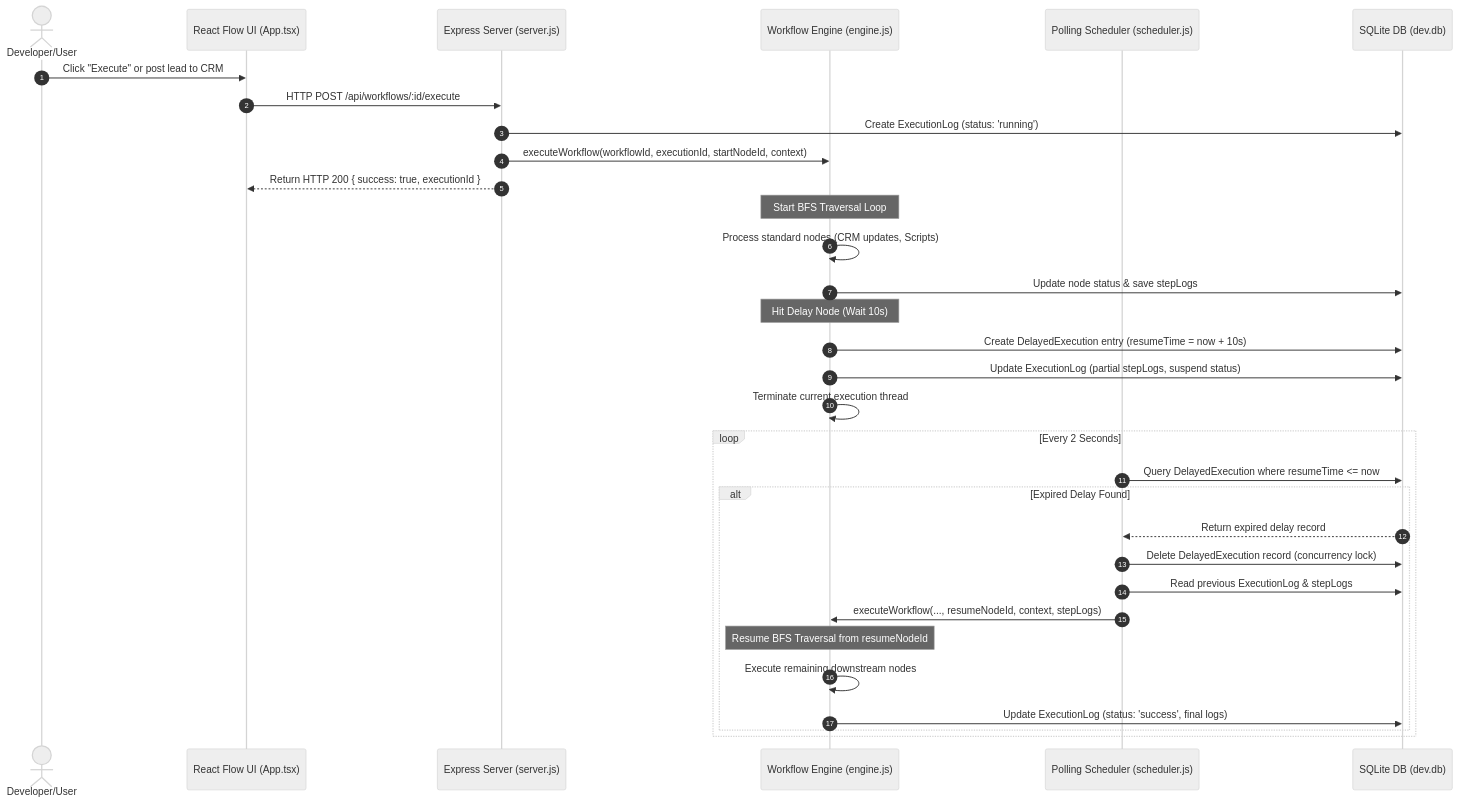
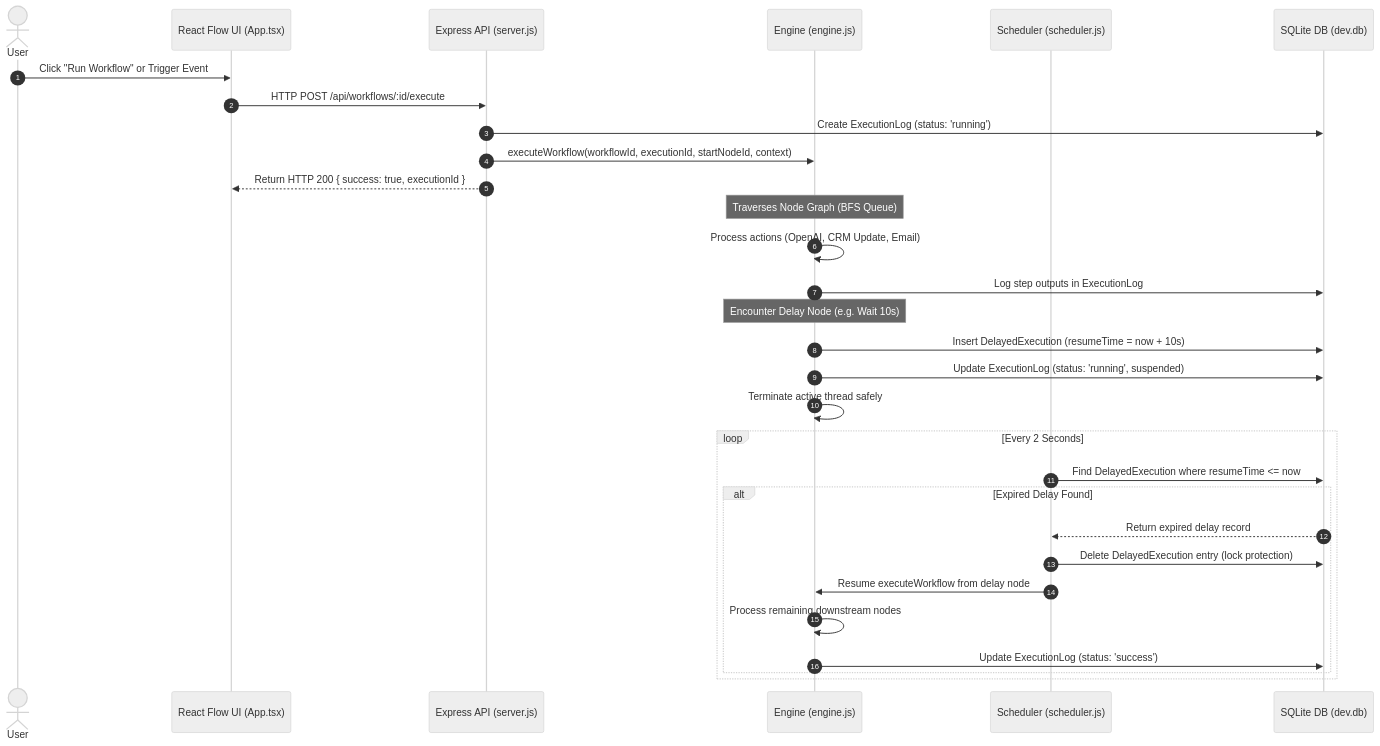
One commit to AB-stack-cmd/automation-flow changed the second of 2 diagrams in ARCHITECTURE.md. Above: the diagram before and after it, drawn with Mermaid (neutral theme). The commit also changed other lines of this file and 17 other files, not shown here.

Commit message:
feat: implement automation workflow backend engine and custom Reactflow node architecture

````diff
--- a/ARCHITECTURE.md
+++ b/ARCHITECTURE.md
@@ -113,38 +43,36 @@
 ```mermaid
 sequenceDiagram
     autonumber
-    actor User as Developer/User
+    actor User
     participant UI as React Flow UI (App.tsx)
-    participant Server as Express Server (server.js)
-    participant Engine as Workflow Engine (engine.js)
-    participant Scheduler as Polling Scheduler (scheduler.js)
+    participant API as Express API (server.js)
+    participant Engine as Engine (engine.js)
+    participant Scheduler as Scheduler (scheduler.js)
     participant DB as SQLite DB (dev.db)
 
-    User->>UI: Click "Execute" or post lead to CRM
-    UI->>Server: HTTP POST /api/workflows/:id/execute
-    Server->>DB: Create ExecutionLog (status: 'running')
-    Server->>Engine: executeWorkflow(workflowId, executionId, startNodeId, context)
-    Server-->>UI: Return HTTP 200 { success: true, executionId }
+    User->>UI: Click "Run Workflow" or Trigger Event
+    UI->>API: HTTP POST /api/workflows/:id/execute
+    API->>DB: Create ExecutionLog (status: 'running')
+    API->>Engine: executeWorkflow(workflowId, executionId, startNodeId, context)
+    API-->>UI: Return HTTP 200 { success: true, executionId }
     
-    Note over Engine: Start BFS Traversal Loop
-    Engine->>Engine: Process standard nodes (CRM updates, Scripts)
-    Engine->>DB: Update node status & save stepLogs
+    Note over Engine: Traverses Node Graph (BFS Queue)
+    Engine->>Engine: Process actions (OpenAI, CRM Update, Email)
+    Engine->>DB: Log step outputs in ExecutionLog
 
-    Note over Engine: Hit Delay Node (Wait 10s)
-    Engine->>DB: Create DelayedExecution entry (resumeTime = now + 10s)
-    Engine->>DB: Update ExecutionLog (partial stepLogs, suspend status)
-    Engine->>Engine: Terminate current execution thread
+    Note over Engine: Encounter Delay Node (e.g. Wait 10s)
+    Engine->>DB: Insert DelayedExecution (resumeTime = now + 10s)
+    Engine->>DB: Update ExecutionLog (status: 'running', suspended)
+    Engine->>Engine: Terminate active thread safely
 
     loop Every 2 Seconds
-        Scheduler->>DB: Query DelayedExecution where resumeTime <= now
+        Scheduler->>DB: Find DelayedExecution where resumeTime <= now
         alt Expired Delay Found
             DB-->>Scheduler: Return expired delay record
-            Scheduler->>DB: Delete DelayedExecution record (concurrency lock)
-            Scheduler->>DB: Read previous ExecutionLog & stepLogs
-            Scheduler->>Engine: executeWorkflow(..., resumeNodeId, context, stepLogs)
-            Note over Engine: Resume BFS Traversal from resumeNodeId
-            Engine->>Engine: Execute remaining downstream nodes
-            Engine->>DB: Update ExecutionLog (status: 'success', final logs)
+            Scheduler->>DB: Delete DelayedExecution entry (lock protection)
+            Scheduler->>Engine: Resume executeWorkflow from delay node
+            Engine->>Engine: Process remaining downstream nodes
+            Engine->>DB: Update ExecutionLog (status: 'success')
         end
     end
 ```
````
